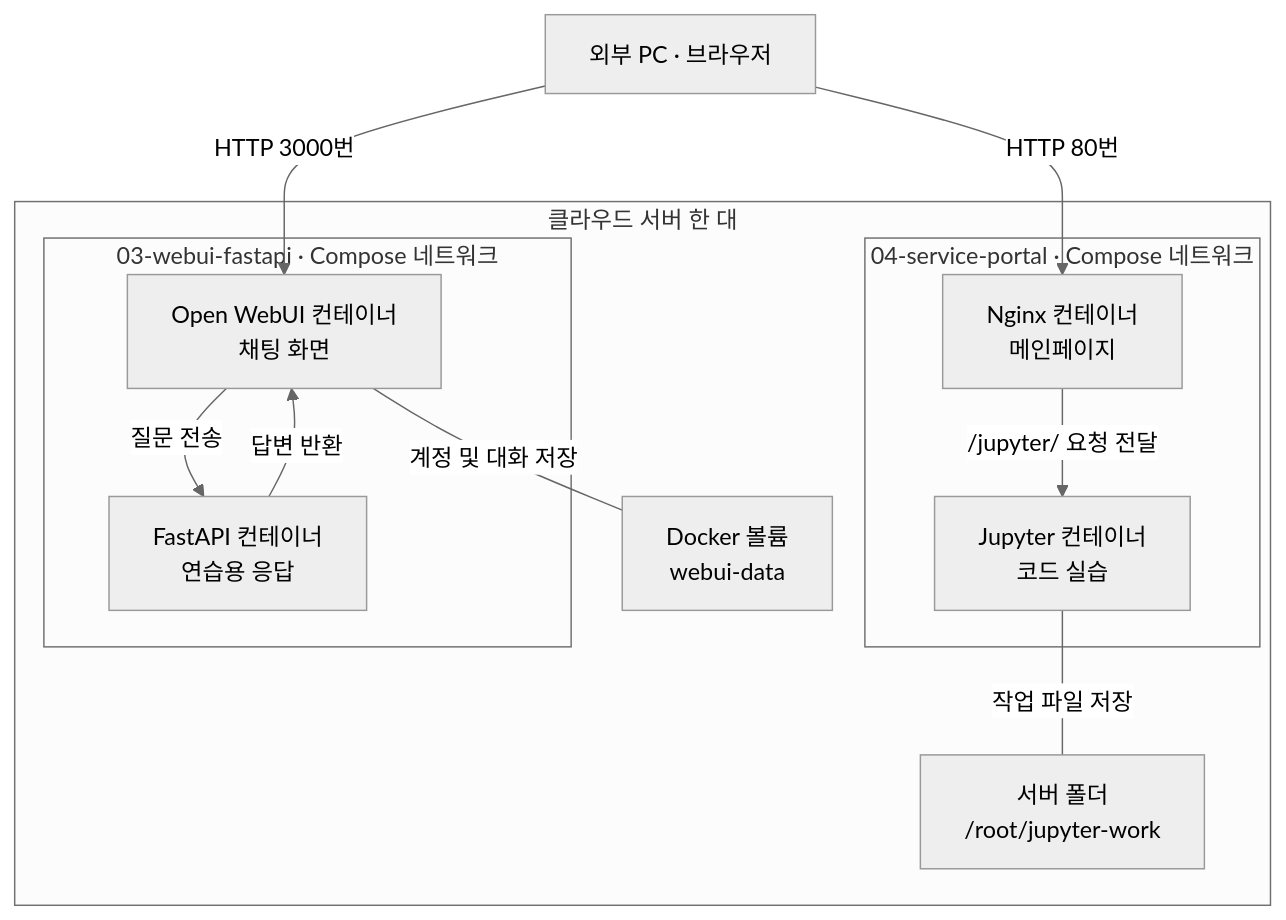
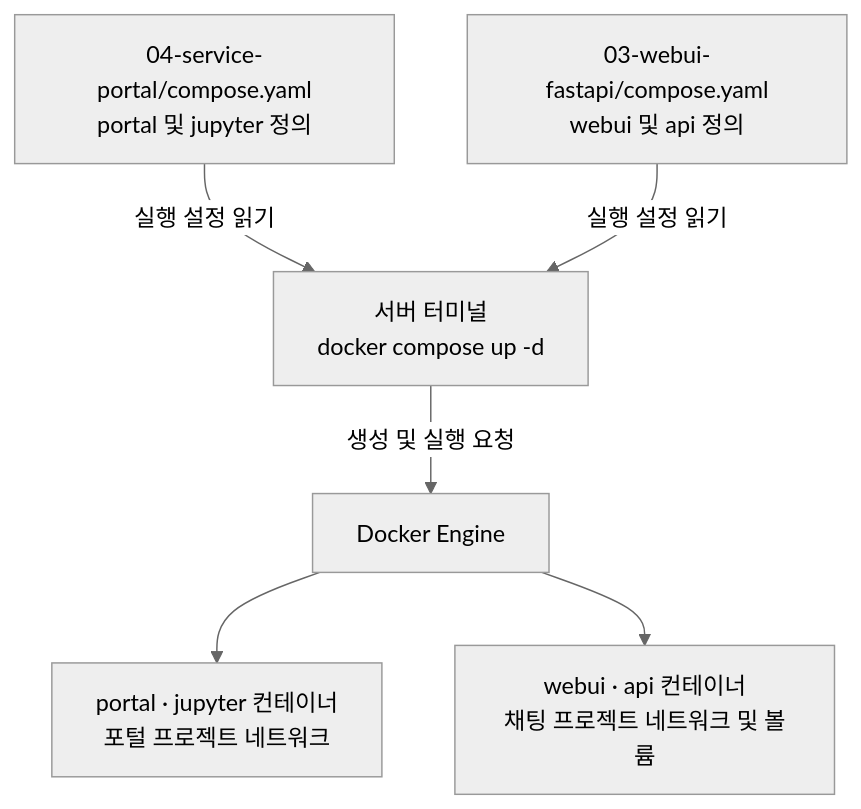
One commit to noringho-collab/docker-operations-lab changed the second of 2 diagrams in 04-service-portal/README.md. Above: the diagram before and after it, drawn with Mermaid (neutral theme). The commit also changed other lines of this file, not shown here.

Commit message:
feat: 서비스 포털 구성 및 Docker 아키텍처 추가

````diff
--- a/04-service-portal/README.md
+++ b/04-service-portal/README.md
@@ -22,28 +81,13 @@
 ```mermaid
-flowchart TD
-    USER["외부 PC · 브라우저"]
+flowchart TB
+    A["04-service-portal/compose.yaml<br/>portal 및 jupyter 정의"]
+    B["03-webui-fastapi/compose.yaml<br/>webui 및 api 정의"]
+    CLI["서버 터미널<br/>docker compose up -d"]
+    ENGINE["Docker Engine"]
 
-    subgraph SERVER["클라우드 서버 한 대"]
-        subgraph PORTAL["04-service-portal · Compose 네트워크"]
-            NGINX["Nginx 컨테이너<br/>메인페이지"]
-            JUPYTER["Jupyter 컨테이너<br/>코드 실습"]
-            NGINX -->|"/jupyter/ 요청 전달"| JUPYTER
-        end
-
-        subgraph CHAT["03-webui-fastapi · Compose 네트워크"]
-            WEBUI["Open WebUI 컨테이너<br/>채팅 화면"]
-            API["FastAPI 컨테이너<br/>연습용 응답"]
-            WEBUI -->|"질문 전송"| API
-            API -->|"답변 반환"| WEBUI
-        end
-
-        WORK["서버 폴더<br/>/root/jupyter-work"]
-        DATA["Docker 볼륨<br/>webui-data"]
-
-        JUPYTER ---|"작업 파일 저장"| WORK
-        WEBUI ---|"계정 및 대화 저장"| DATA
-    end
-
-    USER -->|"HTTP 80번"| NGINX
-    USER -->|"HTTP 3000번"| WEBUI
+    A -->|"실행 설정 읽기"| CLI
+    B -->|"실행 설정 읽기"| CLI
+    CLI -->|"생성 및 실행 요청"| ENGINE
+    ENGINE --> P["portal · jupyter 컨테이너<br/>포털 프로젝트 네트워크"]
+    ENGINE --> C["webui · api 컨테이너<br/>채팅 프로젝트 네트워크 및 볼륨"]
 ```
````
